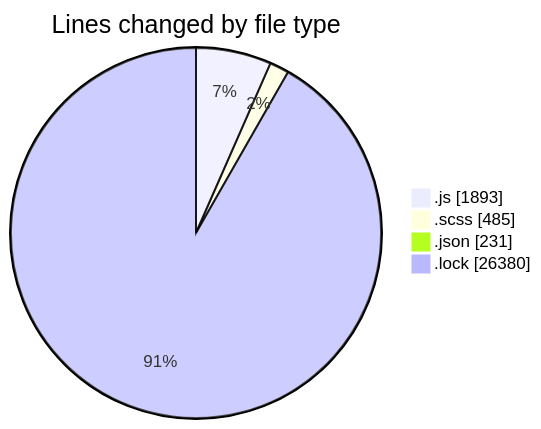
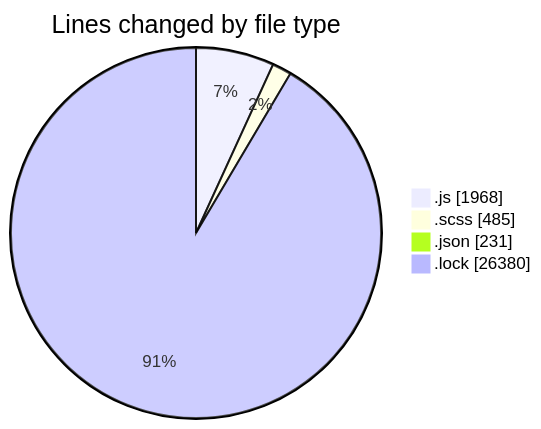
Before and after one commit to momahboobian/code-tracking: the first of 2 diagrams in 2026-01-05/cda/README.md, drawn with Mermaid. The commit also changed other lines of this file and 1 other file, not shown here.

````diff
--- a/2026-01-05/cda/README.md
+++ b/2026-01-05/cda/README.md
@@ -43,8 +43,8 @@
 ```mermaid
 pie showData
 title Lines changed by file type
-".js" : 1893
+".js" : 1968
 ".scss" : 485
 ".json" : 231
 ".lock" : 26380
 ```
````
